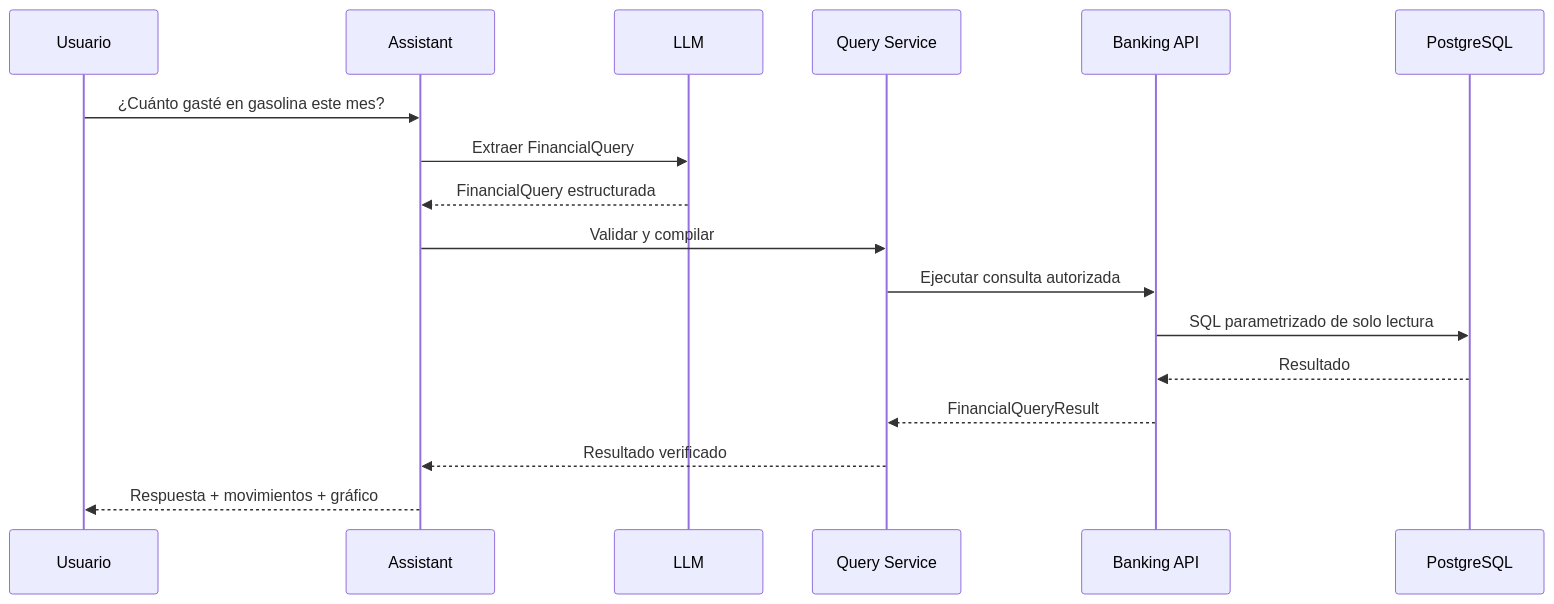
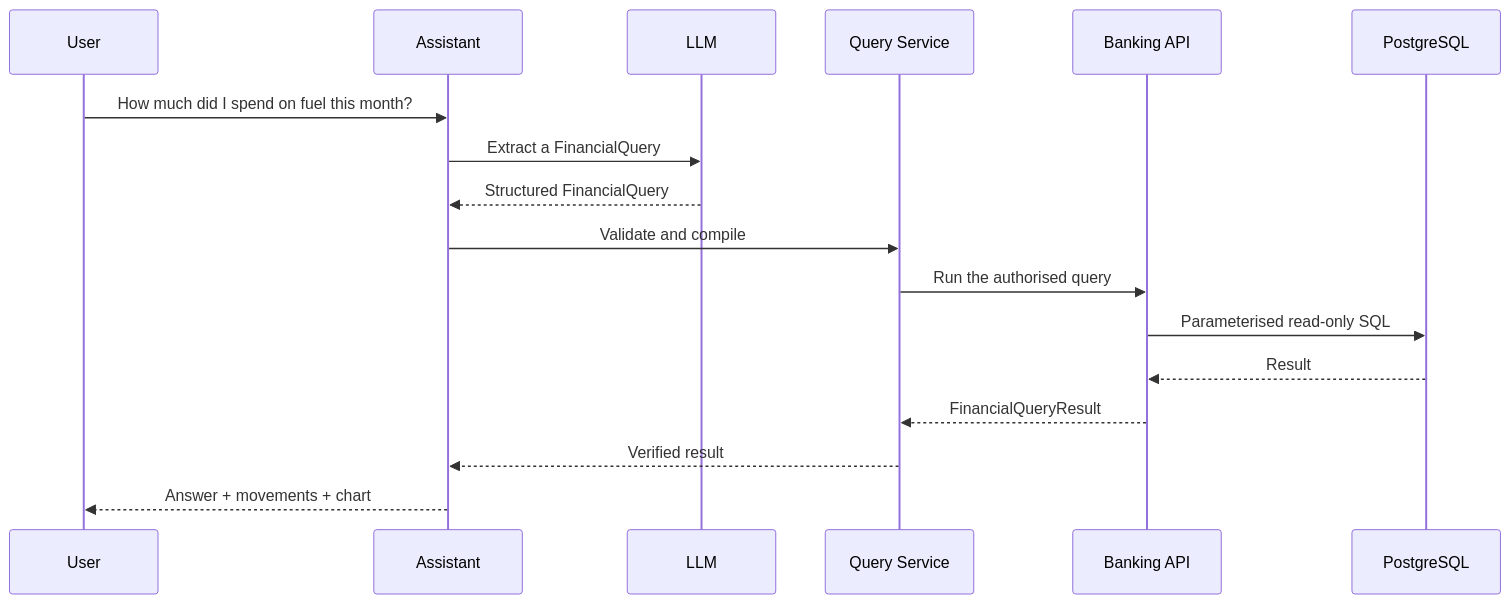
One commit to adrianoggm/FinGuard changed the third of 4 diagrams in docs/vision.md. Above: the diagram before and after it, drawn with Mermaid. The commit also changed other lines of this file and 8 other files, not shown here.

````diff
--- a/docs/vision.md
+++ b/docs/vision.md
@@ -809,20 +809,20 @@
 ```mermaid
 sequenceDiagram
-    participant U as Usuario
+    participant U as User
     participant A as Assistant
     participant L as LLM
     participant Q as Query Service
     participant B as Banking API
     participant DB as PostgreSQL
 
-    U->>A: ¿Cuánto gasté en gasolina este mes?
-    A->>L: Extraer FinancialQuery
-    L-->>A: FinancialQuery estructurada
-    A->>Q: Validar y compilar
-    Q->>B: Ejecutar consulta autorizada
-    B->>DB: SQL parametrizado de solo lectura
-    DB-->>B: Resultado
+    U->>A: How much did I spend on fuel this month?
+    A->>L: Extract a FinancialQuery
+    L-->>A: Structured FinancialQuery
+    A->>Q: Validate and compile
+    Q->>B: Run the authorised query
+    B->>DB: Parameterised read-only SQL
+    DB-->>B: Result
     B-->>Q: FinancialQueryResult
-    Q-->>A: Resultado verificado
-    A-->>U: Respuesta + movimientos + gráfico
+    Q-->>A: Verified result
+    A-->>U: Answer + movements + chart
 ```
````
